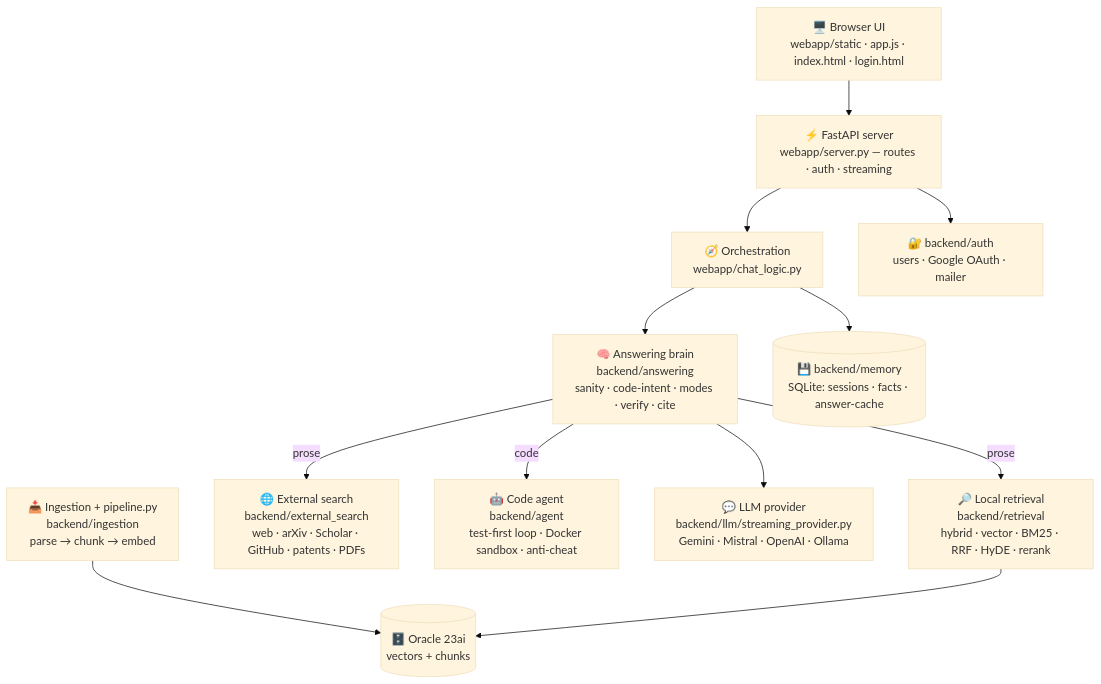
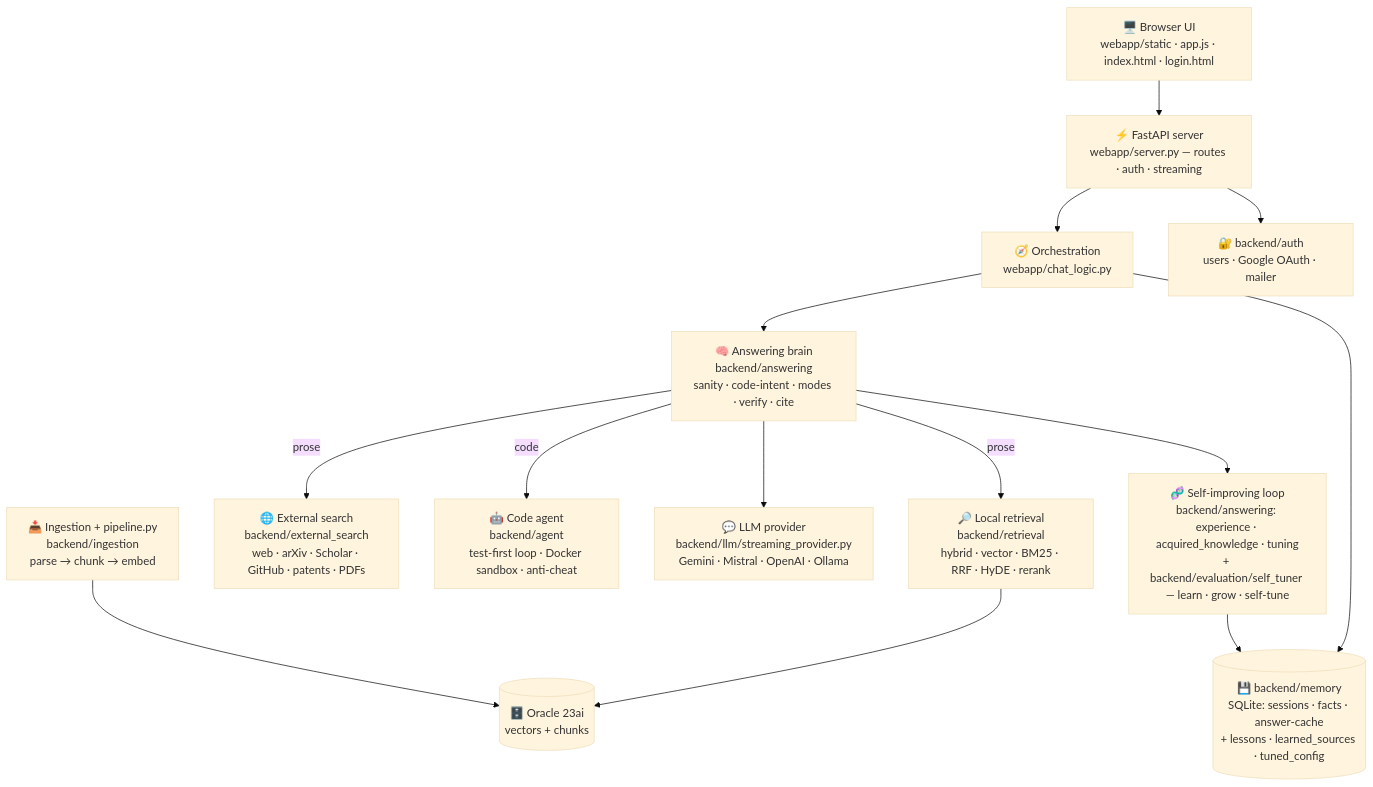
One commit to anistondeveloperteam-ANT/Audio-research-assistant changed the third of 3 diagrams in README.md. Above: the diagram before and after it, drawn with Mermaid (base theme). The commit also changed other lines of this file and 1 other file, not shown here.

First line of the commit message:
docs(readme): document the self-improving loop; bump tests to 897; ignore local tech-doc

````diff
--- a/README.md
+++ b/README.md
@@ -256,14 +289,16 @@
 ```mermaid
 flowchart TD
     UI["🖥️ Browser UI<br/>webapp/static · app.js · index.html · login.html"] --> SRV["⚡ FastAPI server<br/>webapp/server.py — routes · auth · streaming"]
     SRV --> ORC["🧭 Orchestration<br/>webapp/chat_logic.py"]
     ORC --> ANS["🧠 Answering brain<br/>backend/answering<br/>sanity · code-intent · modes · verify · cite"]
     ANS -->|prose| RET["🔎 Local retrieval<br/>backend/retrieval<br/>hybrid · vector · BM25 · RRF · HyDE · rerank"]
     ANS -->|prose| EXT["🌐 External search<br/>backend/external_search<br/>web · arXiv · Scholar · GitHub · patents · PDFs"]
     ANS -->|code| AGT["🤖 Code agent<br/>backend/agent<br/>test-first loop · Docker sandbox · anti-cheat"]
     ANS --> LLM["💬 LLM provider<br/>backend/llm/streaming_provider.py<br/>Gemini · Mistral · OpenAI · Ollama"]
     ING["📥 Ingestion + pipeline.py<br/>backend/ingestion<br/>parse → chunk → embed"] --> DB[("🗄️ Oracle 23ai<br/>vectors + chunks")]
     RET --> DB
-    ORC --> MEM[("💾 backend/memory<br/>SQLite: sessions · facts · answer-cache")]
+    ANS --> LRN["🧬 Self-improving loop<br/>backend/answering: experience · acquired_knowledge · tuning<br/>+ backend/evaluation/self_tuner — learn · grow · self-tune"]
+    LRN --> MEM
+    ORC --> MEM[("💾 backend/memory<br/>SQLite: sessions · facts · answer-cache<br/>+ lessons · learned_sources · tuned_config")]
     SRV --> AUTH["🔐 backend/auth<br/>users · Google OAuth · mailer"]
 ```
````
